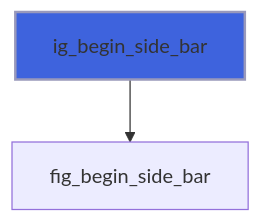
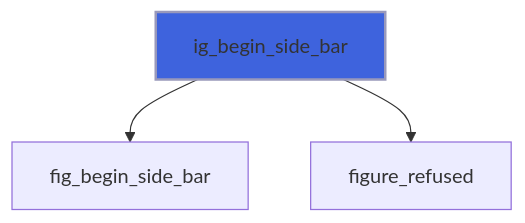
One commit to szaghi/figure changed diagram 17 of 30 in docs/api/src/lib/figure_imgui.md. Above: the diagram before and after it, drawn with Mermaid. The commit also changed other lines of this file and 13 other files, not shown here.

````diff
--- a/docs/api/src/lib/figure_imgui.md
+++ b/docs/api/src/lib/figure_imgui.md
@@ -459,5 +461,6 @@
 ```mermaid
 flowchart TD
   ig_begin_side_bar["ig_begin_side_bar"] --> fig_begin_side_bar["fig_begin_side_bar"]
+  ig_begin_side_bar["ig_begin_side_bar"] --> figure_refused["figure_refused"]
   style ig_begin_side_bar fill:#3e63dd,stroke:#99b,stroke-width:2px
 ```
````
